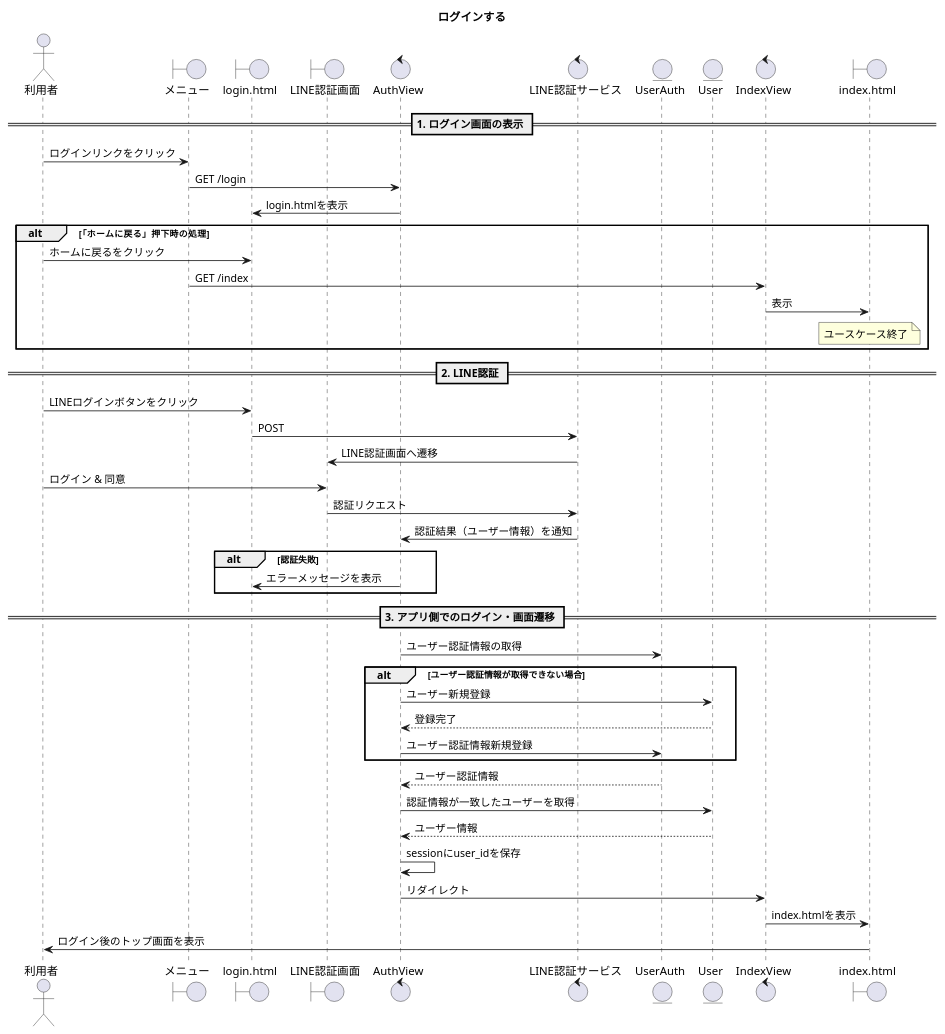
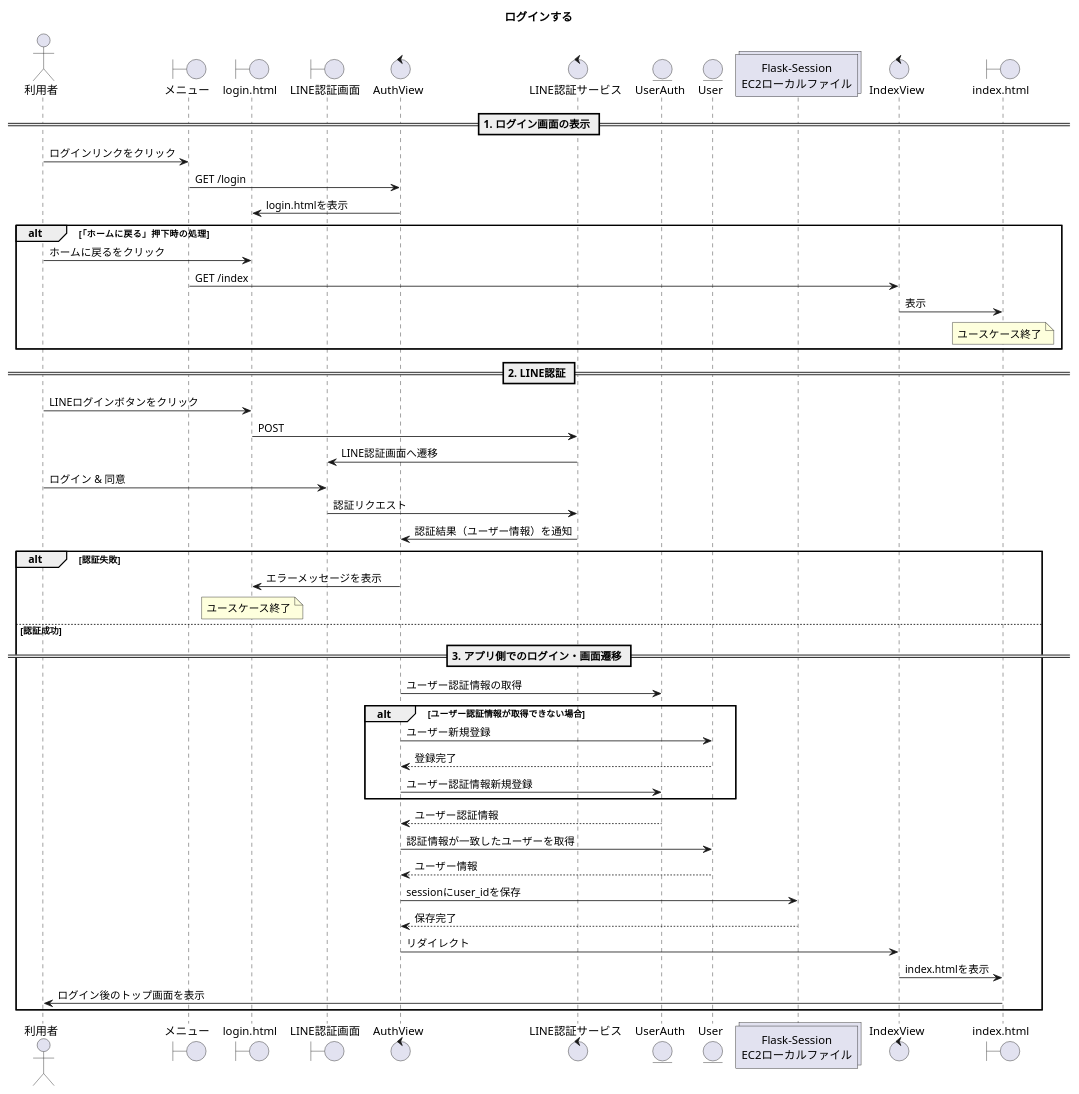
Before and after one commit to Kotarou-Tanoue/tanouesoftware: the first of 17 diagrams in 20_システム設計書/図24_シーケンス.puml, drawn with PlantUML. The commit also changed other lines of this file and 3 other files, not shown here.

```diff
--- a/20_システム設計書/図24_シーケンス.puml
+++ b/20_システム設計書/図24_シーケンス.puml
@@ -1,55 +1,59 @@
 @startuml ログインする
     title ログインする
 
     actor "利用者" as a1
     boundary "メニュー" as b1
     boundary "login.html" as b2
     boundary "LINE認証画面" as b3
     control "AuthView" as c1
     control "LINE認証サービス" as c2
     entity "UserAuth" as e1
     entity "User" as e2
+    collections "Flask-Session\nEC2ローカルファイル" as sess
     control "IndexView" as c3
     boundary "index.html" as b4
 
     == 1. ログイン画面の表示 ==
     a1 -> b1 : ログインリンクをクリック
     b1 -> c1 : GET /login
     c1 -> b2 : login.htmlを表示
 
     alt 「ホームに戻る」押下時の処理
         a1 -> b2 : ホームに戻るをクリック
         b1 -> c3 : GET /index
         c3 -> b4 : 表示
         note over b4 : ユースケース終了
     end
 
     == 2. LINE認証 ==
     a1 -> b2 : LINEログインボタンをクリック
     b2 -> c2 : POST
     c2 -> b3 : LINE認証画面へ遷移
     a1 -> b3 : ログイン & 同意
     b3 -> c2 : 認証リクエスト
     c2 -> c1 : 認証結果（ユーザー情報）を通知
     alt 認証失敗
         c1 -> b2 : エラーメッセージを表示
+        note over b2 : ユースケース終了
+    else 認証成功
+        == 3. アプリ側でのログイン・画面遷移 ==
+        c1 -> e1 : ユーザー認証情報の取得
+        alt ユーザー認証情報が取得できない場合
+            c1 -> e2 : ユーザー新規登録
+            e2 --> c1 : 登録完了
+            c1 -> e1 : ユーザー認証情報新規登録
+
+        end
+        e1 --> c1 : ユーザー認証情報
+        c1 -> e2 : 認証情報が一致したユーザーを取得
+        e2 --> c1 : ユーザー情報
+
+        c1 -> sess : sessionにuser_idを保存
+        sess --> c1 : 保存完了
+
+        c1 -> c3 : リダイレクト
+        c3 -> b4 : index.htmlを表示
+        b4 -> a1 : ログイン後のトップ画面を表示
     end
-    == 3. アプリ側でのログイン・画面遷移 ==
-    c1 -> e1 : ユーザー認証情報の取得
-    alt ユーザー認証情報が取得できない場合
-        c1 -> e2 : ユーザー新規登録
-        e2 --> c1 : 登録完了
-        c1 -> e1 : ユーザー認証情報新規登録
-
-    end
-    e1 --> c1 : ユーザー認証情報
-    c1 -> e2 : 認証情報が一致したユーザーを取得
-    e2 --> c1 : ユーザー情報
-
-    c1 -> c1 : sessionにuser_idを保存
-
-    c1 -> c3 : リダイレクト
-    c3 -> b4 : index.htmlを表示
-    b4 -> a1 : ログイン後のトップ画面を表示
 
 @enduml
```
